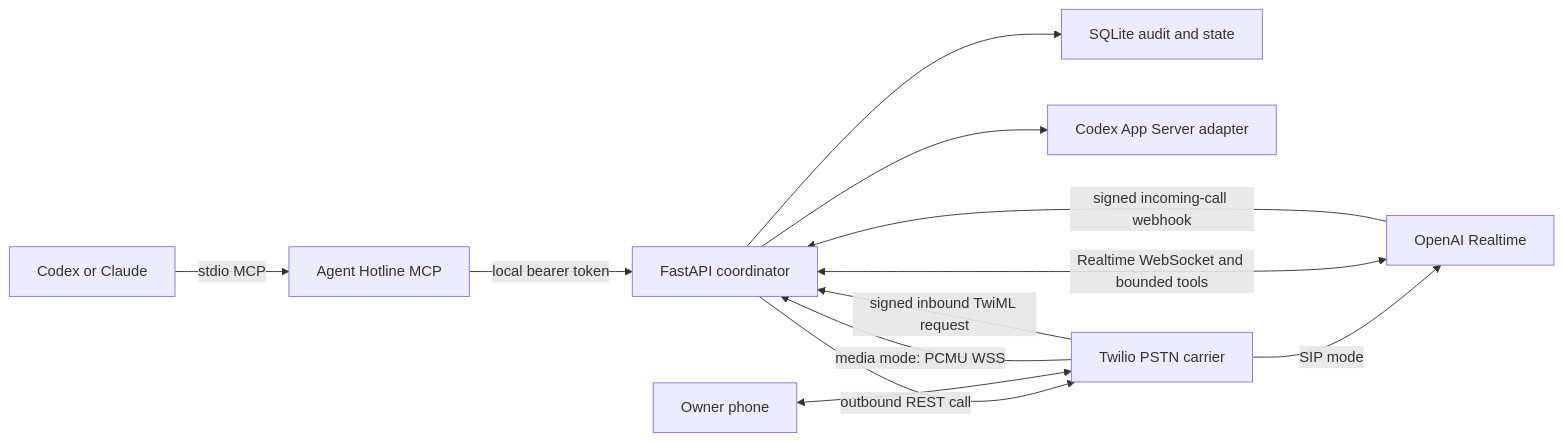
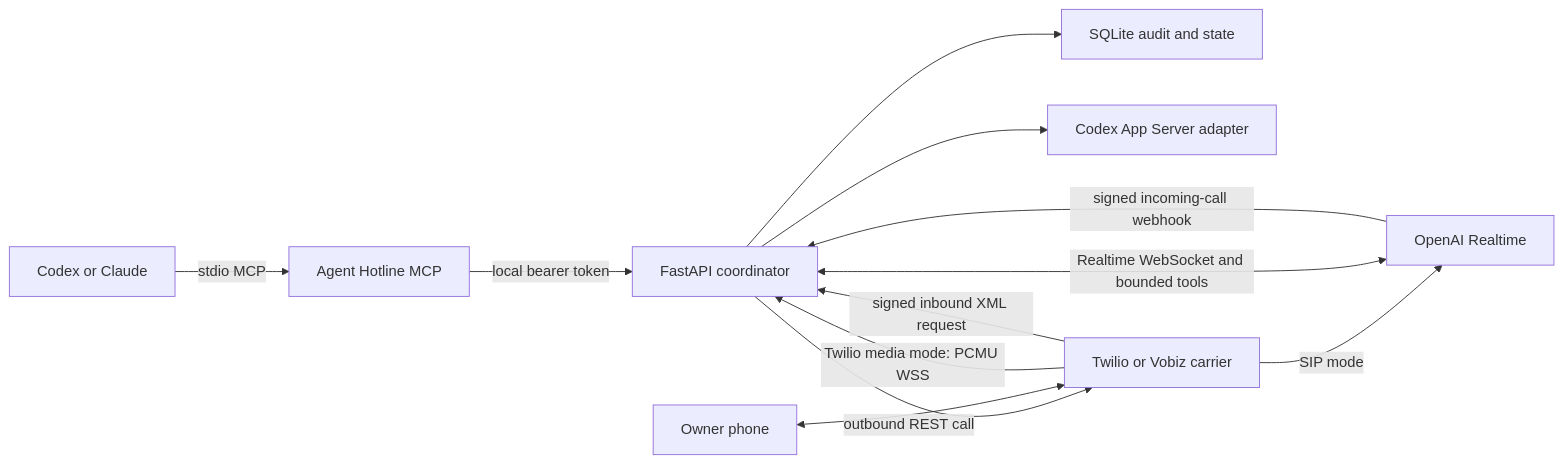
Before and after one commit to divyamagrawal06/just-call-sol: the first of 2 diagrams in docs/ARCHITECTURE.md, drawn with Mermaid. The commit also changed other lines of this file and 6 other files, not shown here.

````diff
--- a/docs/ARCHITECTURE.md
+++ b/docs/ARCHITECTURE.md
@@ -6,14 +6,14 @@
 ```mermaid
 flowchart LR
     A["Codex or Claude"] -->|stdio MCP| M["Agent Hotline MCP"]
     M -->|local bearer token| D["FastAPI coordinator"]
     D --> S["SQLite audit and state"]
     D --> C["Codex App Server adapter"]
-    D -->|outbound REST call| T["Twilio PSTN carrier"]
+    D -->|outbound REST call| T["Twilio or Vobiz carrier"]
     T -->|SIP mode| O["OpenAI Realtime"]
-    T -->|media mode: PCMU WSS| D
+    T -->|Twilio media mode: PCMU WSS| D
     P["Owner phone"] <--> T
     O <-->|Realtime WebSocket and bounded tools| D
-    T -->|signed inbound TwiML request| D
+    T -->|signed inbound XML request| D
     O -->|signed incoming-call webhook| D
 ```
````
